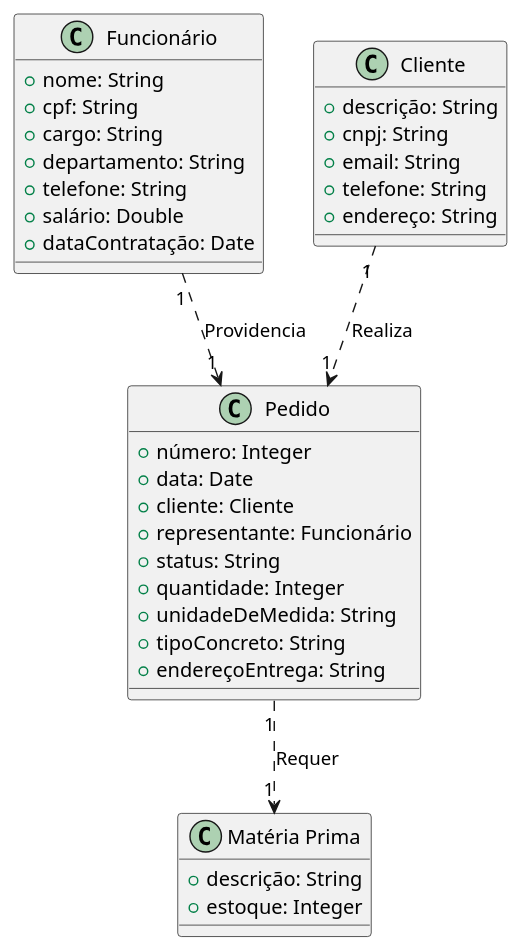
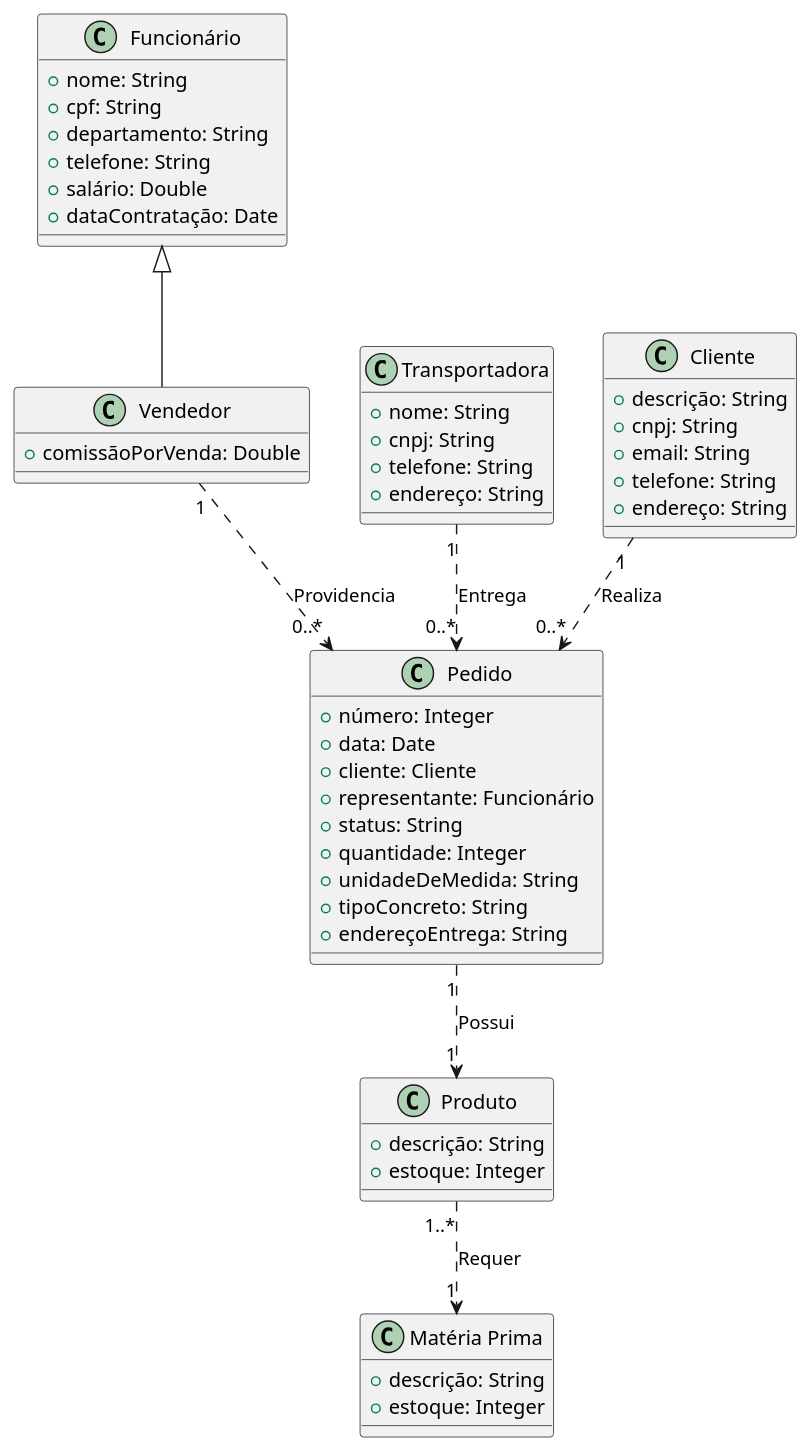
One commit to murilojrp/eng2 changed the diagram in projeto/src/modeloDominio.puml. Above: the diagram before and after it, drawn with PlantUML. The commit also changed 5 other files, not shown here.

```diff
--- a/projeto/src/modeloDominio.puml
+++ b/projeto/src/modeloDominio.puml
@@ -20,42 +20,62 @@
 @startuml 
 
 class Funcionário {
   +nome: String
   +cpf: String
-  +cargo: String
   +departamento: String 
   +telefone: String
   +salário: Double
   +dataContratação: Date
 }
+
+class Transportadora {
+  +nome: String
+  +cnpj: String
+  +telefone: String
+  +endereço: String
+}
+
+class Vendedor {
+  +comissãoPorVenda: Double
+}
+
+Funcionário <|-- Vendedor
+
 
 class Cliente {
   +descrição: String
   +cnpj: String
   +email: String
   +telefone: String
   +endereço: String
 }
 
 class Pedido {
   +número: Integer
   +data: Date
   +cliente: Cliente
   +representante: Funcionário
   +status: String
   +quantidade: Integer
   +unidadeDeMedida: String
   +tipoConcreto: String
   +endereçoEntrega: String
 }
 
 class "Matéria Prima" {
   +descrição: String
   +estoque: Integer
 }
 
-Cliente "1" ..> "1" Pedido :Realiza
-Funcionário "1" ..> "1" Pedido :Providencia
-Pedido "1" ..> "1" "Matéria Prima" :Requer
+class Produto {
+  +descrição: String
+  +estoque: Integer
+}
+
+Cliente "1" ..> "0..*" Pedido :Realiza
+Vendedor "1" ..> "0..*" Pedido :Providencia
+Produto "1..*" ..> "1" "Matéria Prima" :Requer
+Pedido "1" ..> "1" Produto :Possui
+Transportadora "1" ..> "0..*" Pedido :Entrega
 
 @enduml
```
